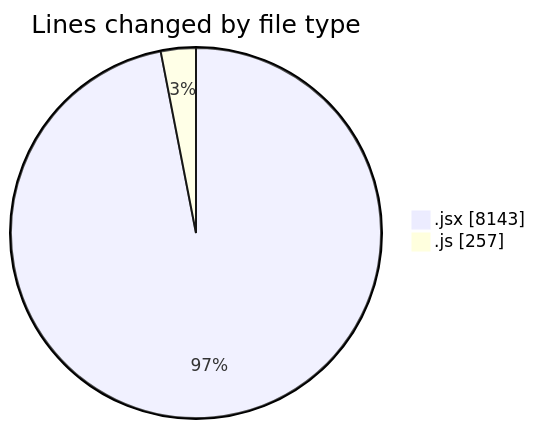
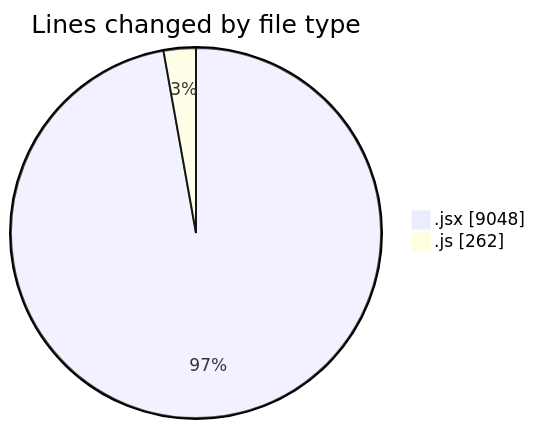
Before and after one commit to nxtqubesakshisongat/code-tracking: the first of 2 diagrams in 2025-05-27/nxtqube_webapp/README.md, drawn with Mermaid. The commit also changed other lines of this file and 1 other file, not shown here.

````diff
--- a/2025-05-27/nxtqube_webapp/README.md
+++ b/2025-05-27/nxtqube_webapp/README.md
@@ -26,6 +27,6 @@
 ```mermaid
 pie showData
 title Lines changed by file type
-".jsx" : 8143
-".js" : 257
+".jsx" : 9048
+".js" : 262
 ```
````
